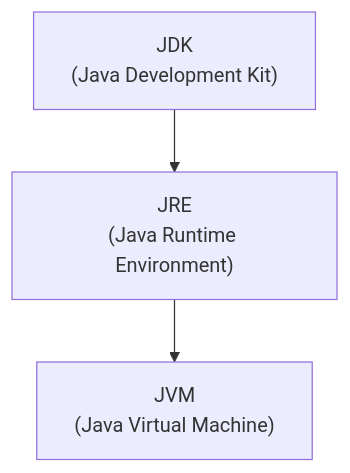
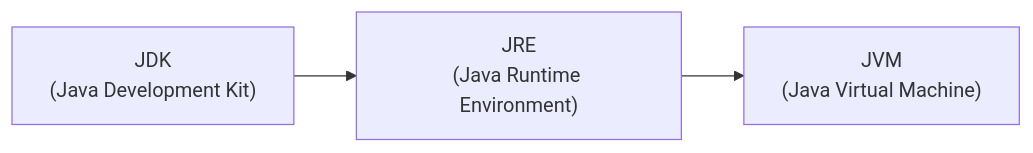
The first of 5 diagrams in 02-java/03_jdk-jre-jvm.md (shunikd/terasoluna-training), drawn with Mermaid before and after one commit. The commit also changed other lines of this file and 24 other files, not shown here.

````diff
--- a/02-java/03_jdk-jre-jvm.md
+++ b/02-java/03_jdk-jre-jvm.md
@@ -26,12 +26,12 @@
 ```mermaid
-flowchart TD
+graph LR
 
     JDK["JDK<br>(Java Development Kit)"]
 
     JRE["JRE<br>(Java Runtime Environment)"]
 
     JVM["JVM<br>(Java Virtual Machine)"]
 
     JDK --> JRE
     JRE --> JVM
 ```
````
